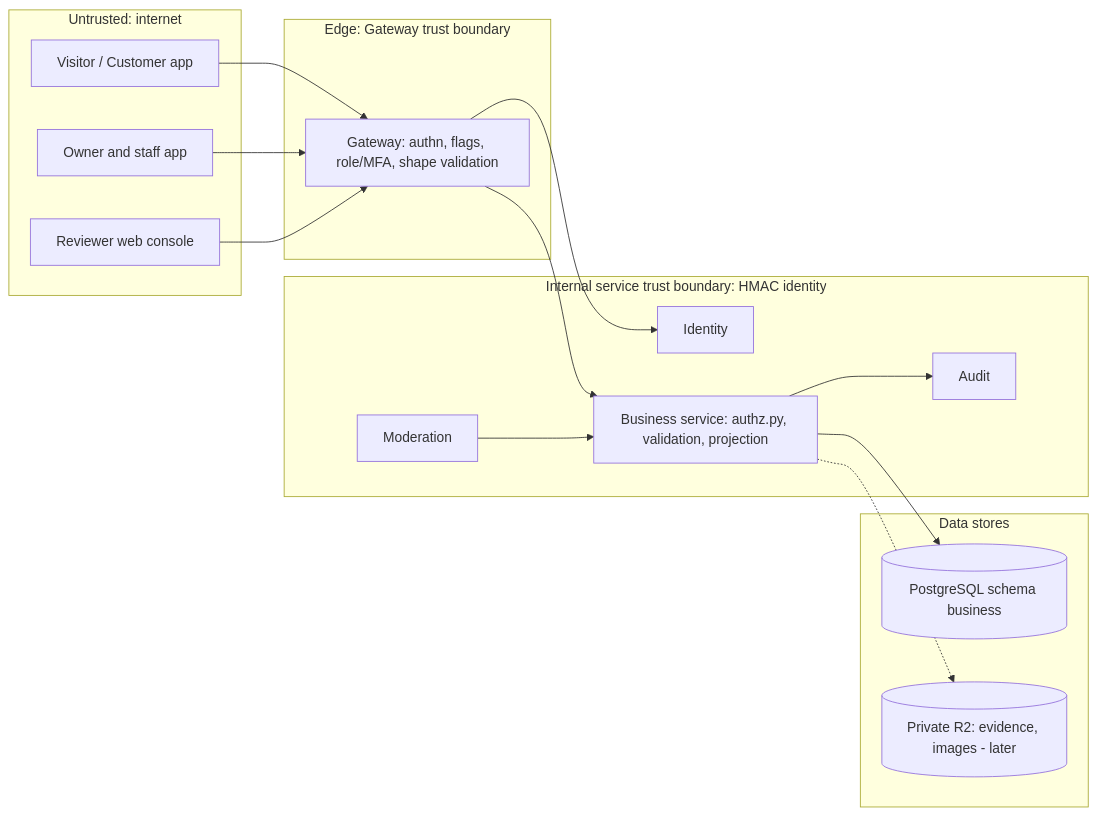
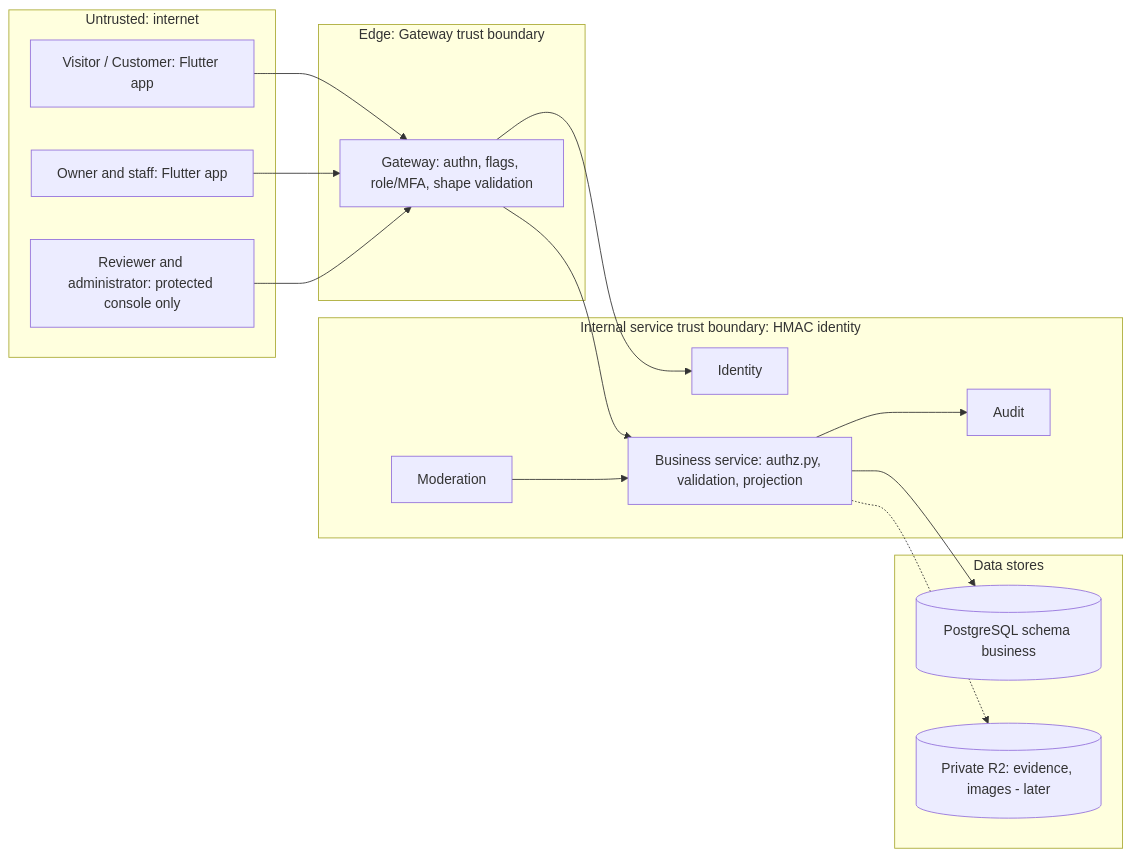
The diagram in docs/security/phase6/BIZ-STRIDE_Threat_Model_PROPOSED.md (Markcino/KoloVibe), drawn with Mermaid before and after one commit. The commit also changed other lines of this file and 14 other files, not shown here.

First line of the commit message:
docs(business): record DR-BZ-21 (Flutter only, no public website or business portal) and reconcile the Business design package

````diff
--- a/docs/security/phase6/BIZ-STRIDE_Threat_Model_PROPOSED.md
+++ b/docs/security/phase6/BIZ-STRIDE_Threat_Model_PROPOSED.md
@@ -17,30 +17,30 @@
 ```mermaid
 flowchart LR
   subgraph TB0[Untrusted: internet]
-    V[Visitor / Customer app]
-    OW[Owner and staff app]
-    RV[Reviewer web console]
+    V[Visitor / Customer: Flutter app]
+    OW[Owner and staff: Flutter app]
+    RV[Reviewer and administrator: protected console only]
   end
   subgraph TB1[Edge: Gateway trust boundary]
     GW[Gateway: authn, flags, role/MFA, shape validation]
   end
   subgraph TB2[Internal service trust boundary: HMAC identity]
     ID[Identity]
     BZ[Business service: authz.py, validation, projection]
     MO[Moderation]
     AU[Audit]
   end
   subgraph TB3[Data stores]
     PG[(PostgreSQL schema business)]
     R2[(Private R2: evidence, images - later)]
   end
   V --> GW
   OW --> GW
   RV --> GW
   GW --> ID
   GW --> BZ
   BZ --> PG
   BZ -.-> R2
   BZ --> AU
   MO --> BZ
 ```
````
